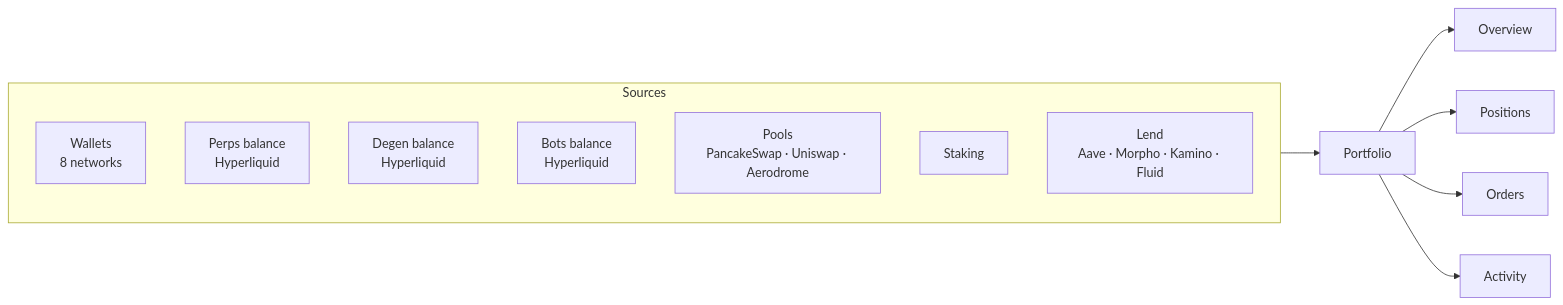
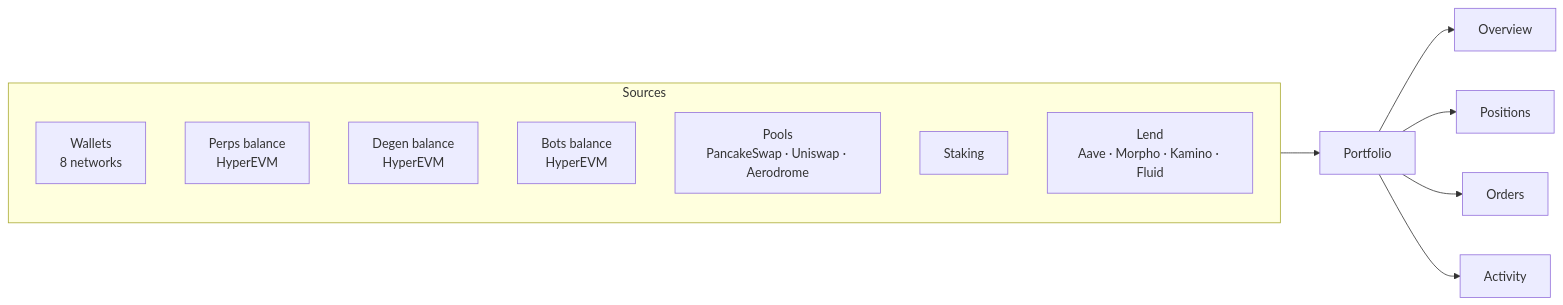
The first of 2 diagrams in README.md (dyxy-io/portfolio), drawn with Mermaid before and after one commit.

Commit message:
Use HyperEVM instead of Hyperliquid
Claude-Session: https://claude.ai/code/session_012iQuL1Pk5Q3HYNx96DLsc1

````diff
--- a/README.md
+++ b/README.md
@@ -16,17 +16,17 @@
 ```mermaid
 flowchart LR
     subgraph Sources
         W["Wallets<br/>8 networks"]
-        PB["Perps balance<br/>Hyperliquid"]
-        DB["Degen balance<br/>Hyperliquid"]
-        BB["Bots balance<br/>Hyperliquid"]
+        PB["Perps balance<br/>HyperEVM"]
+        DB["Degen balance<br/>HyperEVM"]
+        BB["Bots balance<br/>HyperEVM"]
         PL["Pools<br/>PancakeSwap · Uniswap · Aerodrome"]
         SK["Staking"]
         LD["Lend<br/>Aave · Morpho · Kamino · Fluid"]
     end
     Sources --> P["Portfolio"]
     P --> T1["Overview"]
     P --> T2["Positions"]
     P --> T3["Orders"]
     P --> T4["Activity"]
 ```
````
